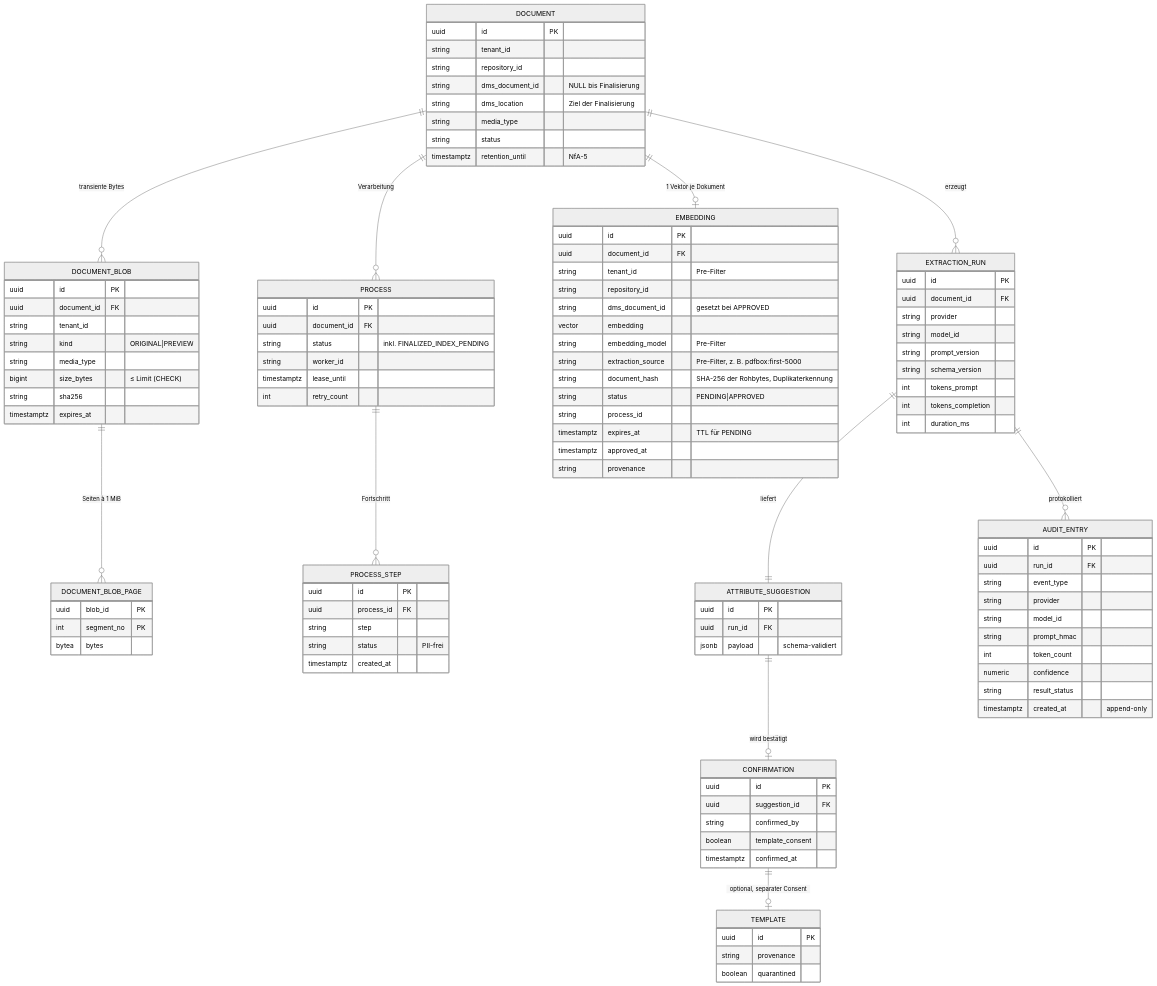
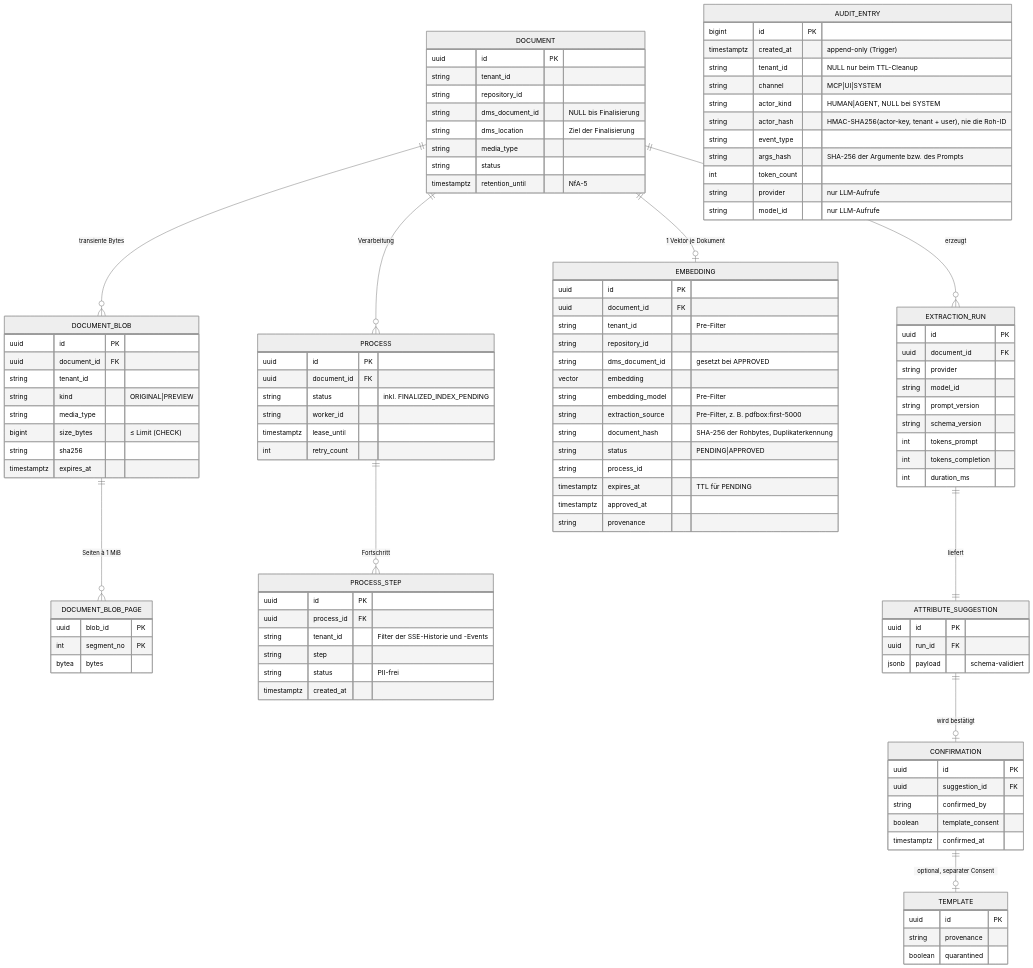
One commit to segjo/docextract changed the seventh of 7 diagrams in doc/ARCHITECTURE.md. Above: the diagram before and after it, drawn with Mermaid (neutral theme). The commit also changed other lines of this file and 108 other files, not shown here.

````diff
--- a/doc/ARCHITECTURE.md
+++ b/doc/ARCHITECTURE.md
@@ -567,7 +570,6 @@
     EXTRACTION_RUN ||--|| ATTRIBUTE_SUGGESTION : "liefert"
     ATTRIBUTE_SUGGESTION ||--o| CONFIRMATION : "wird bestätigt"
     CONFIRMATION ||--o| TEMPLATE : "optional, separater Consent"
-    EXTRACTION_RUN ||--o{ AUDIT_ENTRY : "protokolliert"
 
     DOCUMENT {
         uuid id PK
@@ -621,6 +623,7 @@
     PROCESS_STEP {
         uuid id PK
         uuid process_id FK
+        string tenant_id "Filter der SSE-Historie und -Events"
         string step
         string status "PII-frei"
         timestamptz created_at
@@ -654,15 +657,16 @@
         boolean quarantined
     }
     AUDIT_ENTRY {
-        uuid id PK
-        uuid run_id FK
+        bigint id PK
+        timestamptz created_at "append-only (Trigger)"
+        string tenant_id "NULL nur beim TTL-Cleanup"
+        string channel "MCP|UI|SYSTEM"
+        string actor_kind "HUMAN|AGENT, NULL bei SYSTEM"
+        string actor_hash "HMAC-SHA256(actor-key, tenant + user), nie die Roh-ID"
         string event_type
-        string provider
-        string model_id
-        string prompt_hmac
+        string args_hash "SHA-256 der Argumente bzw. des Prompts"
         int token_count
-        numeric confidence
-        string result_status
-        timestamptz created_at "append-only"
+        string provider "nur LLM-Aufrufe"
+        string model_id "nur LLM-Aufrufe"
     }
 ```
````
